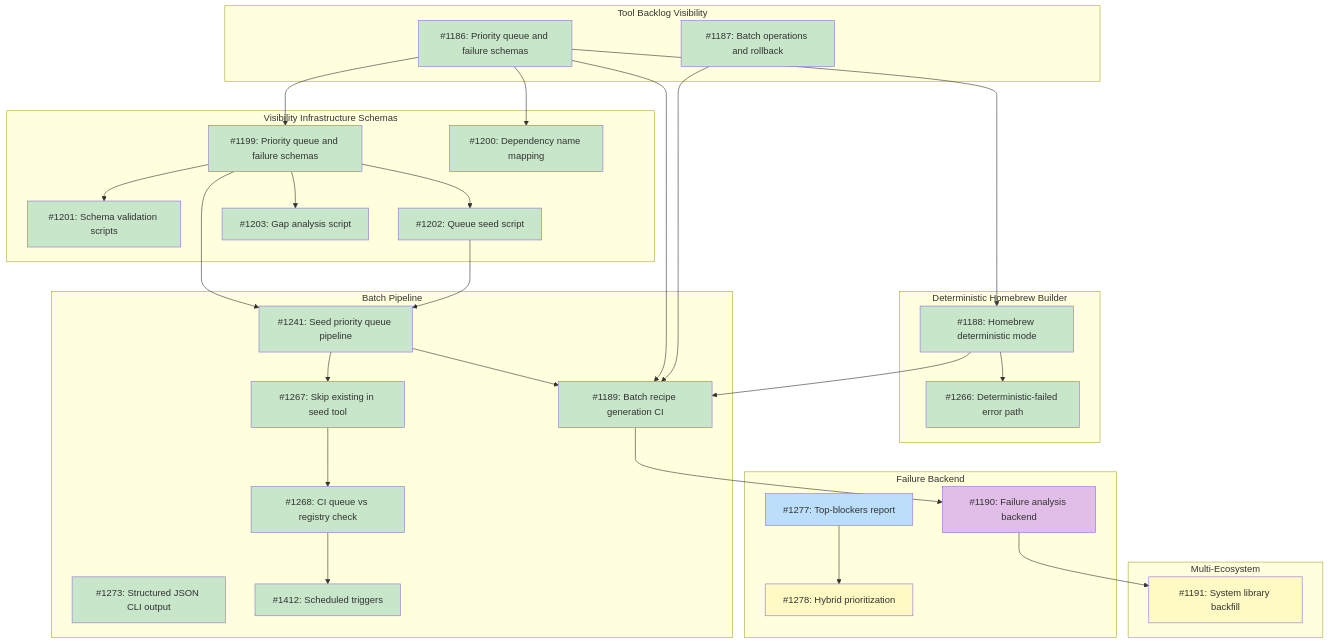
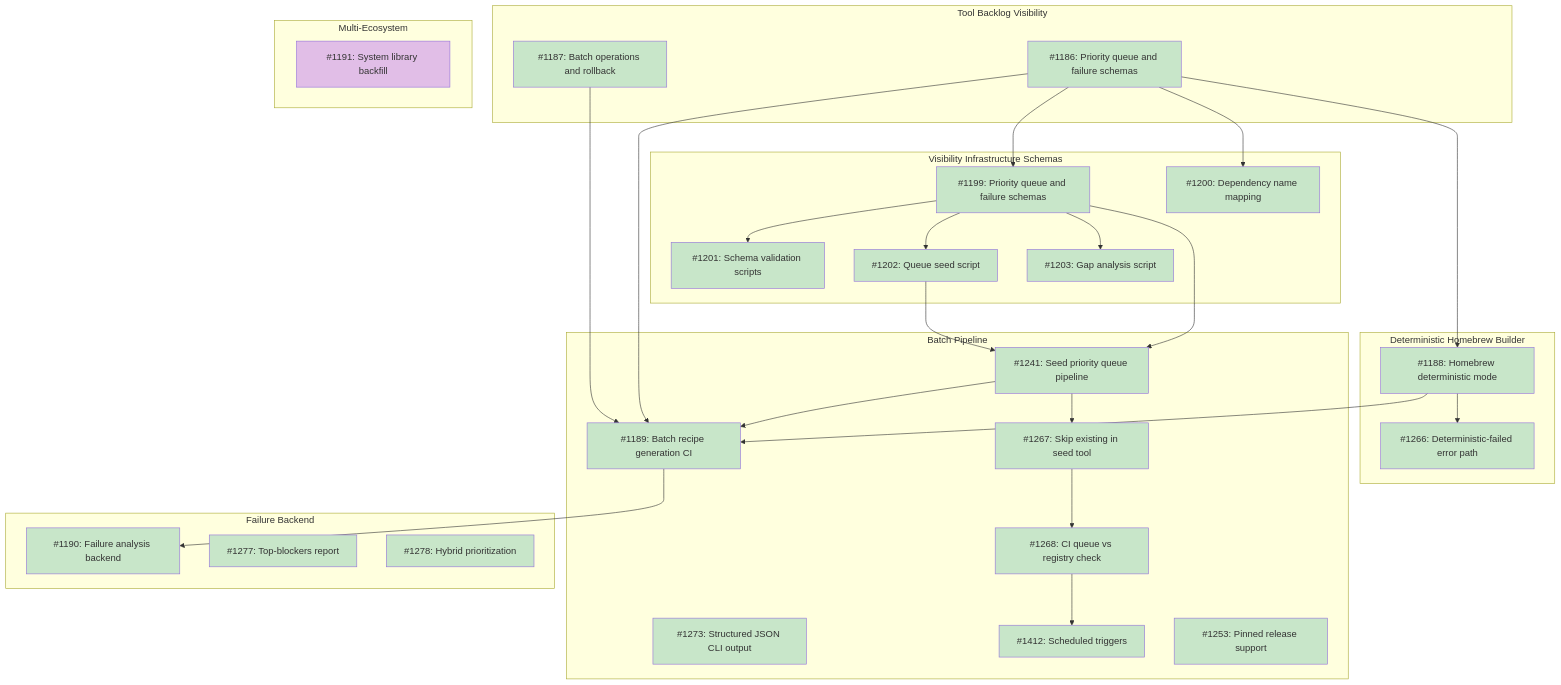
One commit to tsukumogami/tsuku changed the diagram in docs/designs/DESIGN-registry-scale-strategy.md. Above: the diagram before and after it, drawn with Mermaid. The commit also changed other lines of this file and 7 other files, not shown here.

````diff
--- a/docs/designs/DESIGN-registry-scale-strategy.md
+++ b/docs/designs/DESIGN-registry-scale-strategy.md
@@ -101,6 +101,7 @@
         I1268["#1268: CI queue vs registry check"]
         I1273["#1273: Structured JSON CLI output"]
         I1412["#1412: Scheduled triggers"]
+        I1253["#1253: Pinned release support"]
     end
 
     subgraph M_FailureBackend["Failure Backend"]
@@ -130,9 +131,6 @@
     I1267 --> I1268
     I1268 --> I1412
     I1189 --> I1190
-    I1190 --> I1191
-    I1277 --> I1278
-
     classDef done fill:#c8e6c9
     classDef ready fill:#bbdefb
     classDef blocked fill:#fff9c4
@@ -151,9 +149,10 @@
     class I1268 done
     class I1273 done
     class I1266 done
-    class I1190 needsDesign
-    class I1277 ready
-    class I1278 blocked
     class I1412 done
-    class I1191 blocked
+    class I1253 done
+    class I1190 done
+    class I1277 done
+    class I1278 done
+    class I1191 needsDesign
 ```
````
